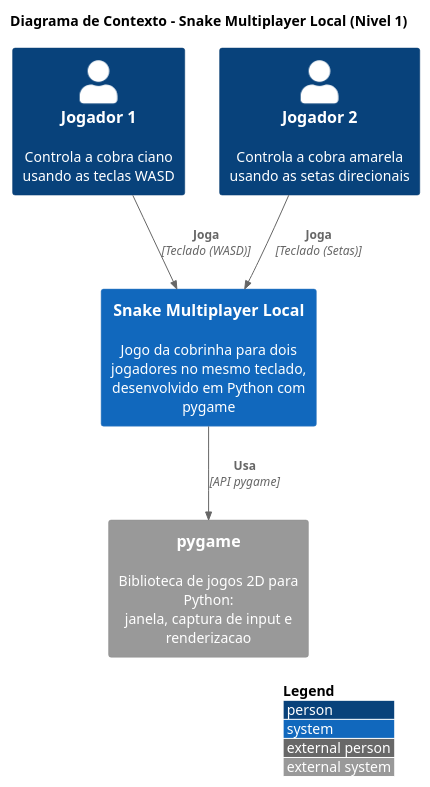
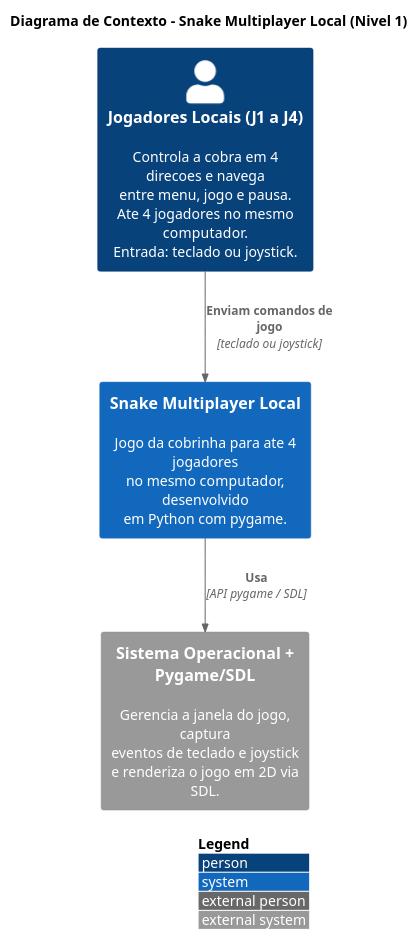
The diagram in docs/diagrams/c4_nivel1_contexto.puml (JulianaBallin/snake-multiplayer-local), drawn with PlantUML before and after one commit.

Commit message:
(docs): corrigir descricoes do diagrama C4 nivel 1

```diff
--- a/docs/diagrams/c4_nivel1_contexto.puml
+++ b/docs/diagrams/c4_nivel1_contexto.puml
@@ -1,19 +1,17 @@
 @startuml c4_nivel1_contexto
 !include https://raw.githubusercontent.com/plantuml-stdlib/C4-PlantUML/master/C4_Context.puml
 
 LAYOUT_WITH_LEGEND()
 
 title Diagrama de Contexto - Snake Multiplayer Local (Nivel 1)
 
-Person(j1, "Jogador 1", "Controla a cobra ciano\nusando as teclas WASD")
-Person(j2, "Jogador 2", "Controla a cobra amarela\nusando as setas direcionais")
+Person(jogadores, "Jogadores Locais (J1 a J4)", "Controla a cobra em 4 direcoes e navega\nentre menu, jogo e pausa.\nAte 4 jogadores no mesmo computador.\nEntrada: teclado ou joystick.")
 
-System(snake, "Snake Multiplayer Local", "Jogo da cobrinha para dois\njogadores no mesmo teclado,\ndesenvolvido em Python com pygame")
+System(snake, "Snake Multiplayer Local", "Jogo da cobrinha para ate 4 jogadores\nno mesmo computador, desenvolvido\nem Python com pygame.")
 
-System_Ext(pygame, "pygame", "Biblioteca de jogos 2D para Python:\njanela, captura de input e renderizacao")
+System_Ext(so, "Sistema Operacional + Pygame/SDL", "Gerencia a janela do jogo, captura\neventos de teclado e joystick\ne renderiza o jogo em 2D via SDL.")
 
-Rel(j1, snake, "Joga", "Teclado (WASD)")
-Rel(j2, snake, "Joga", "Teclado (Setas)")
-Rel(snake, pygame, "Usa", "API pygame")
+Rel(jogadores, snake, "Enviam comandos de jogo", "teclado ou joystick")
+Rel(snake, so, "Usa", "API pygame / SDL")
 
 @enduml
```
